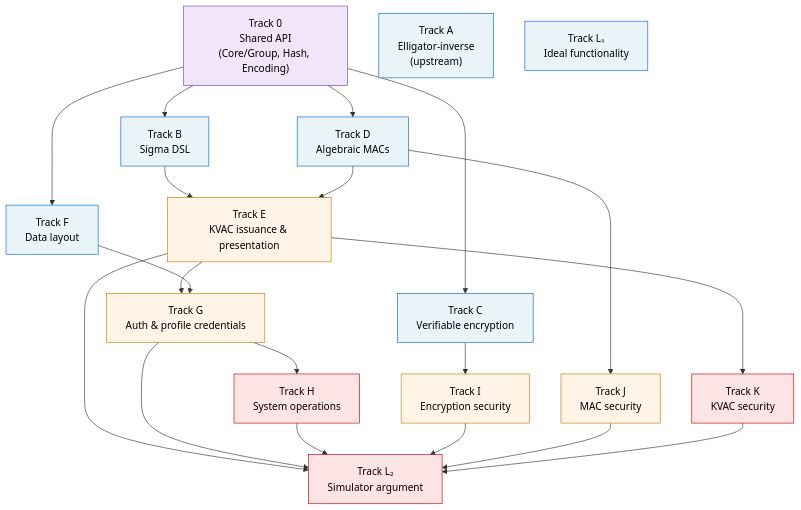
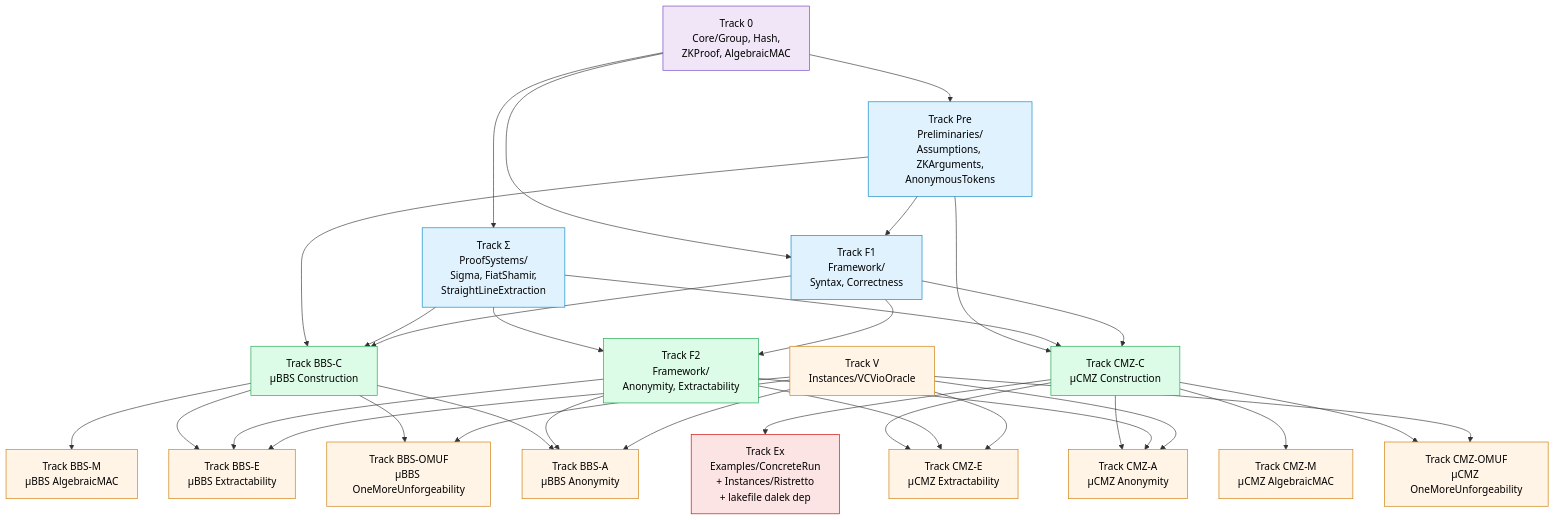
One commit to Beneficial-AI-Foundation/KeyedVerificationAnonymousCredential-model changed the diagram in docs/TRACKS.md. Above: the diagram before and after it, drawn with Mermaid. The commit also changed other lines of this file and 8 other files, not shown here.

````diff
--- a/docs/TRACKS.md
+++ b/docs/TRACKS.md
@@ -11,47 +11,71 @@
 ```mermaid
 graph TD
-  T0["Track 0<br/>Shared API<br/>(Core/Group, Hash, Encoding)"]
-  A["Track A<br/>Elligator-inverse<br/>(upstream)"]
-  B["Track B<br/>Sigma DSL"]
-  C["Track C<br/>Verifiable encryption"]
-  D["Track D<br/>Algebraic MACs"]
-  F["Track F<br/>Data layout"]
-  L1["Track L₁<br/>Ideal functionality"]
-  E["Track E<br/>KVAC issuance &amp; presentation"]
-  I["Track I<br/>Encryption security"]
-  J["Track J<br/>MAC security"]
-  G["Track G<br/>Auth &amp; profile credentials"]
-  K["Track K<br/>KVAC security"]
-  H["Track H<br/>System operations"]
-  L2["Track L₂<br/>Simulator argument"]
+  T0["Track 0<br/>Core/Group, Hash,<br/>ZKProof, AlgebraicMAC"]:::w0
 
-  T0 --> B
-  T0 --> C
-  T0 --> D
-  T0 --> F
+  TPre["Track Pre<br/>Preliminaries/<br/>Assumptions, ZKArguments,<br/>AnonymousTokens"]:::w1
+  TΣ["Track Σ<br/>ProofSystems/<br/>Sigma, FiatShamir,<br/>StraightLineExtraction"]:::w1
+  TF1["Track F1<br/>Framework/<br/>Syntax, Correctness"]:::w1
 
-  B --> E
-  D --> E
-  D --> J
-  C --> I
-  E --> G
-  F --> G
-  E --> K
-  G --> H
+  TF2["Track F2<br/>Framework/<br/>Anonymity, Extractability"]:::w2
+  TCMZ_C["Track CMZ-C<br/>μCMZ Construction"]:::w2
+  TBBS_C["Track BBS-C<br/>μBBS Construction"]:::w2
 
-  E --> L2
-  G --> L2
-  H --> L2
-  I --> L2
-  J --> L2
-  K --> L2
+  TCMZ_M["Track CMZ-M<br/>μCMZ AlgebraicMAC"]:::w3
+  TCMZ_A["Track CMZ-A<br/>μCMZ Anonymity"]:::w3
+  TCMZ_E["Track CMZ-E<br/>μCMZ Extractability"]:::w3
+  TCMZ_OMUF["Track CMZ-OMUF<br/>μCMZ OneMoreUnforgeability"]:::w3
 
-  classDef wave0 fill:#f0e6f7,stroke:#6f42c1,color:#000
-  classDef wave1 fill:#e8f4f8,stroke:#0366d6,color:#000
-  classDef wave2 fill:#fff4e6,stroke:#cc7a00,color:#000
-  classDef wave3 fill:#fde4e4,stroke:#cc0000,color:#000
-  class T0 wave0
-  class A,B,C,D,F,L1 wave1
-  class E,I,J,G wave2
-  class K,H,L2 wave3
+  TBBS_M["Track BBS-M<br/>μBBS AlgebraicMAC"]:::w3
+  TBBS_A["Track BBS-A<br/>μBBS Anonymity"]:::w3
+  TBBS_E["Track BBS-E<br/>μBBS Extractability"]:::w3
+  TBBS_OMUF["Track BBS-OMUF<br/>μBBS OneMoreUnforgeability"]:::w3
+
+  TV["Track V<br/>Instances/VCVioOracle"]:::w3
+
+  TEx["Track Ex<br/>Examples/ConcreteRun<br/>+ Instances/Ristretto<br/>+ lakefile dalek dep"]:::w4
+
+  T0 --> TPre
+  T0 --> TΣ
+  T0 --> TF1
+
+  TPre --> TF1
+  TPre --> TCMZ_C
+  TPre --> TBBS_C
+  TΣ --> TCMZ_C
+  TΣ --> TBBS_C
+  TΣ --> TF2
+
+  TF1 --> TF2
+  TF1 --> TCMZ_C
+  TF1 --> TBBS_C
+
+  TCMZ_C --> TCMZ_M
+  TCMZ_C --> TCMZ_A
+  TCMZ_C --> TCMZ_E
+  TCMZ_C --> TCMZ_OMUF
+
+  TBBS_C --> TBBS_M
+  TBBS_C --> TBBS_A
+  TBBS_C --> TBBS_E
+  TBBS_C --> TBBS_OMUF
+
+  TF2 --> TCMZ_A
+  TF2 --> TCMZ_E
+  TF2 --> TBBS_A
+  TF2 --> TBBS_E
+
+  TV --> TCMZ_A
+  TV --> TCMZ_E
+  TV --> TCMZ_OMUF
+  TV --> TBBS_A
+  TV --> TBBS_E
+  TV --> TBBS_OMUF
+
+  TCMZ_C --> TEx
+
+  classDef w0 fill:#f0e6f7,stroke:#6f42c1,color:#000
+  classDef w1 fill:#e0f2fe,stroke:#0284c7,color:#000
+  classDef w2 fill:#dcfce7,stroke:#16a34a,color:#000
+  classDef w3 fill:#fff4e6,stroke:#cc7a00,color:#000
+  classDef w4 fill:#fde4e4,stroke:#cc0000,color:#000
 ```
````
